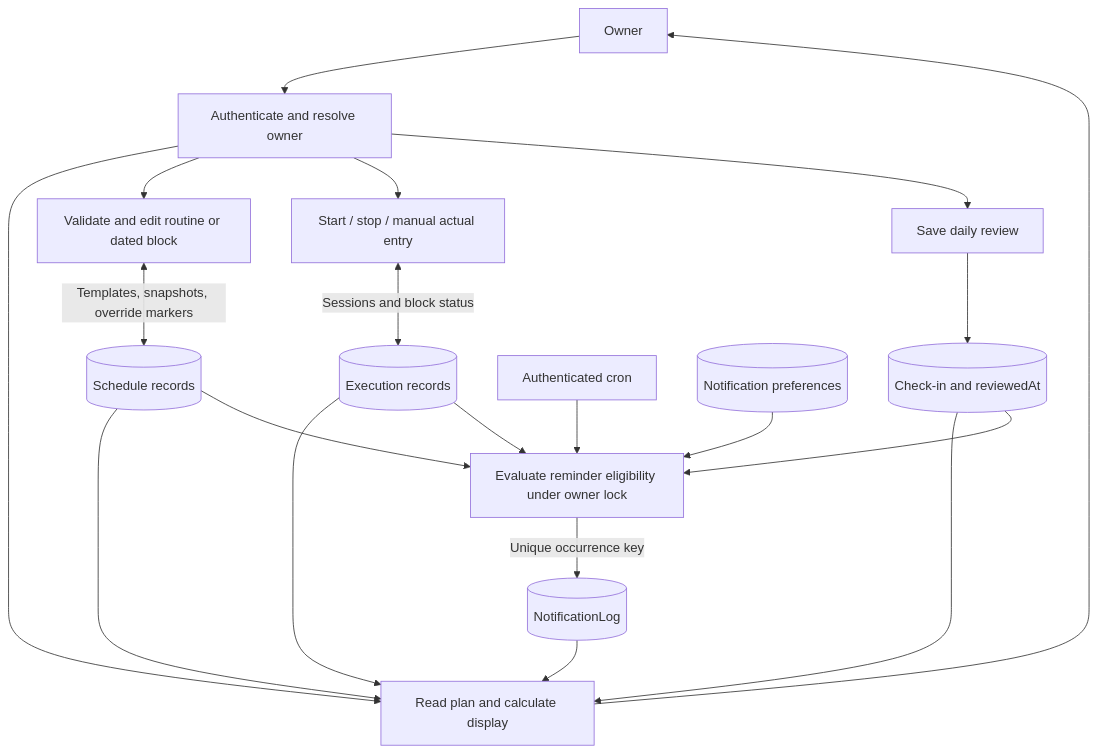
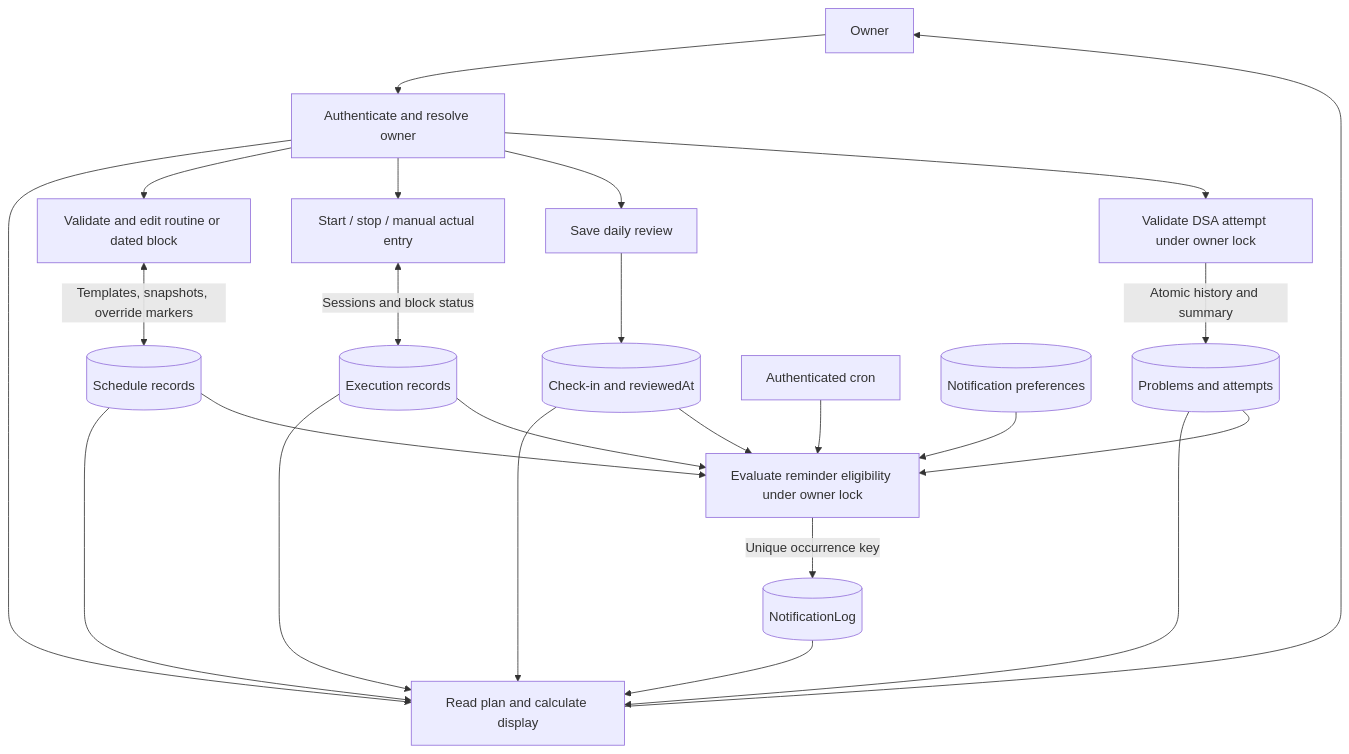
One commit to Shams261/CareerOs changed the second of 3 diagrams in docs/architecture/data-flows.md. Above: the diagram before and after it, drawn with Mermaid. The commit also changed other lines of this file and 12 other files, not shown here.

````diff
--- a/docs/architecture/data-flows.md
+++ b/docs/architecture/data-flows.md
@@ -18,22 +18,26 @@
 ```mermaid
 flowchart TB
   U[Owner] --> Auth[Authenticate and resolve owner]
   Auth --> Read[Read plan and calculate display]
   Auth --> Edit[Validate and edit routine or dated block]
   Auth --> Execute[Start / stop / manual actual entry]
   Auth --> Review[Save daily review]
+  Auth --> Practice[Validate DSA attempt under owner lock]
+  Practice -->|Atomic history and summary| DSA[(Problems and attempts)]
+  DSA --> Read
+  DSA --> N
   Edit <-->|Templates, snapshots, override markers| S[(Schedule records)]
   Execute <-->|Sessions and block status| A[(Execution records)]
   Review --> R[(Check-in and reviewedAt)]
   S --> Read
   A --> Read
   R --> Read
   Read --> U
   C[Authenticated cron] --> N[Evaluate reminder eligibility under owner lock]
   S --> N
   A --> N
   R --> N
   Pref[(Notification preferences)] --> N
   N -->|Unique occurrence key| Inbox[(NotificationLog)]
   Inbox --> Read
 ```
````
